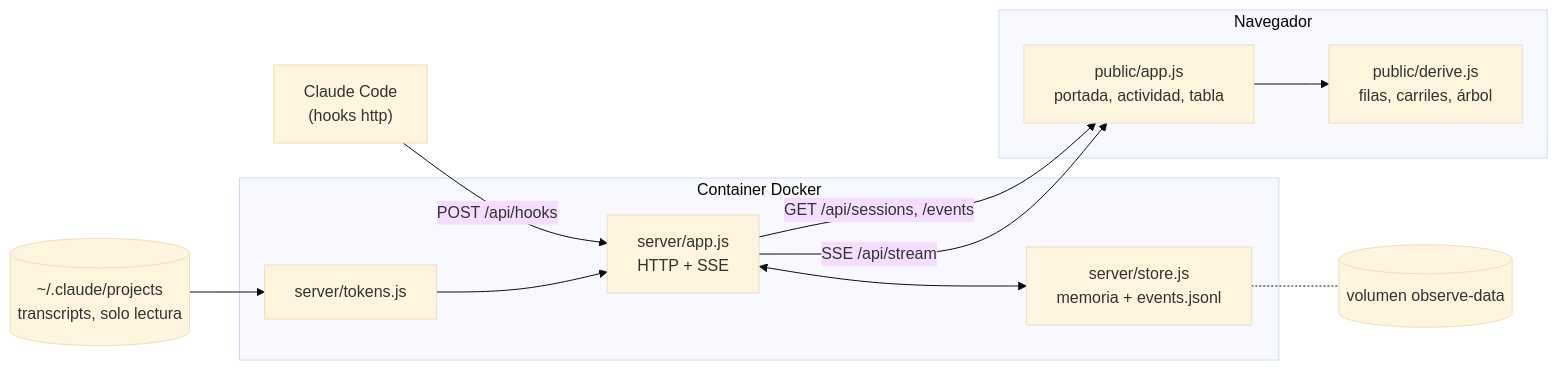
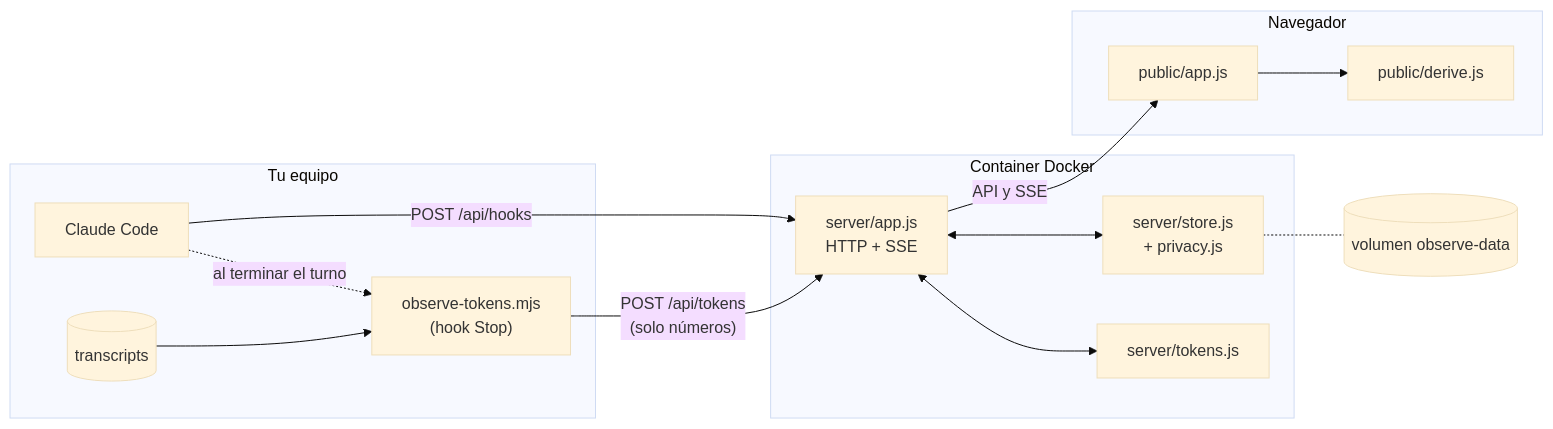
Before and after one commit to AlexDBdevops/ominous-agent-observe: the diagram in README.md, drawn with Mermaid (base theme). The commit also changed other lines of this file and 19 other files, not shown here.

````diff
--- a/README.md
+++ b/README.md
@@ -68,15 +90,21 @@
 ```mermaid
 flowchart LR
-  CC["Claude Code<br/>(hooks http)"] -- "POST /api/hooks" --> APP
+  subgraph equipo ["Tu equipo"]
+    CC["Claude Code"]
+    HK["observe-tokens.mjs<br/>(hook Stop)"]
+    TR[("transcripts")]
+  end
+  CC -- "POST /api/hooks" --> APP
+  CC -. "al terminar el turno" .-> HK
+  TR --> HK
+  HK -- "POST /api/tokens<br/>(solo números)" --> APP
   subgraph container ["Container Docker"]
-    APP["server/app.js<br/>HTTP + SSE"] <--> STORE["server/store.js<br/>memoria + events.jsonl"]
-    TOK["server/tokens.js"] --> APP
+    APP["server/app.js<br/>HTTP + SSE"] <--> STORE["server/store.js<br/>+ privacy.js"]
+    APP <--> TOK["server/tokens.js"]
   end
-  TR[("~/.claude/projects<br/>transcripts, solo lectura")] --> TOK
   STORE -.- VOL[("volumen observe-data")]
-  APP -- "GET /api/sessions, /events" --> UI
-  APP -- "SSE /api/stream" --> UI
+  APP -- "API y SSE" --> UI
   subgraph navegador ["Navegador"]
-    UI["public/app.js<br/>portada, actividad, tabla"] --> DER["public/derive.js<br/>filas, carriles, árbol"]
+    UI["public/app.js"] --> DER["public/derive.js"]
   end
 ```
````
